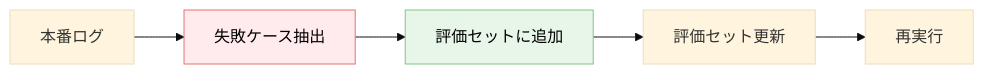
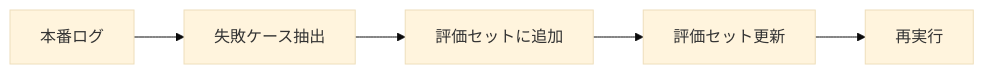
The third of 3 diagrams in docs/tools/評価ハーネスの設計-プロンプトを育てる仕組み.md (dinekt/dinekt-wiki), drawn with Mermaid (base theme) before and after one commit. The commit also changed other lines of this file and 70 other files, not shown here.

First line of the commit message:
fix(mermaid): strip all inline styling, rely on theme

````diff
--- a/docs/tools/評価ハーネスの設計-プロンプトを育てる仕組み.md
+++ b/docs/tools/評価ハーネスの設計-プロンプトを育てる仕組み.md
@@ -118,10 +113,8 @@
 ```mermaid
 flowchart LR
     P[本番ログ] --> F[失敗ケース抽出]
     F --> A[評価セットに追加]
     A --> ES[評価セット更新]
     ES --> R[再実行]
 
-    style F fill:#ffebee,stroke:#e57373,color:#000
-    style A fill:#e8f5e9,stroke:#81c784,color:#000
 ```
````
